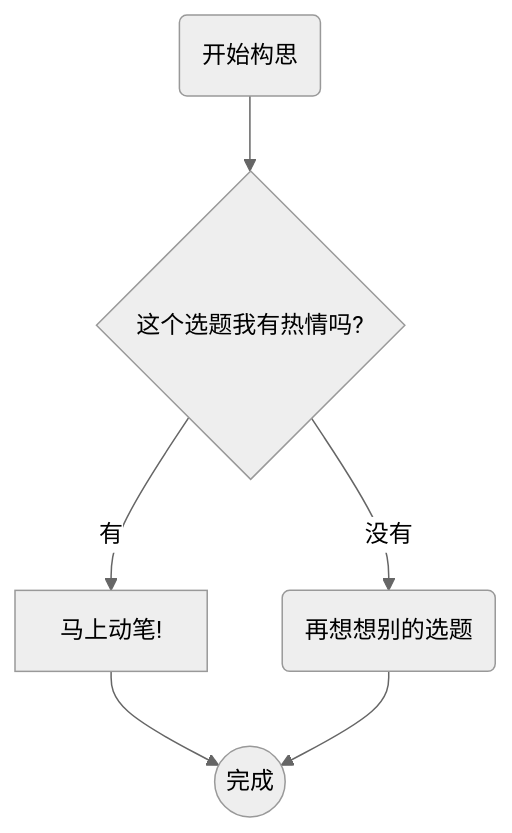
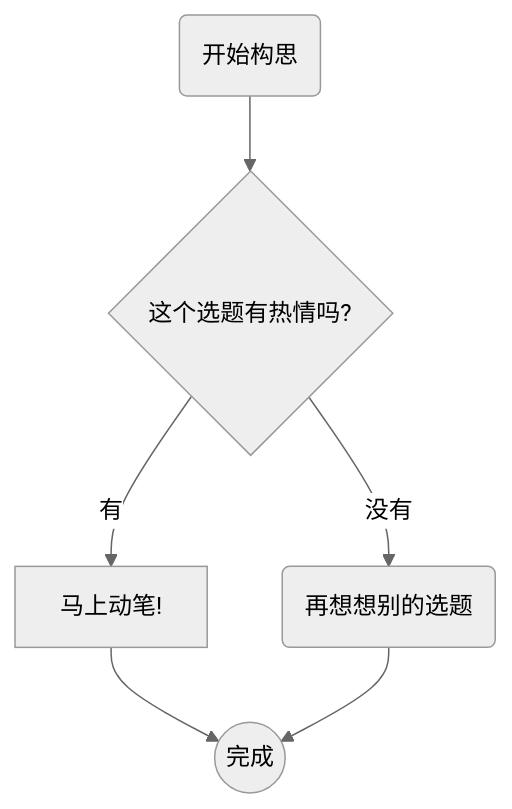
Before and after one commit to hhzh/hhzh.github.io: the third of 11 diagrams in src/tool/Mermaid.md, drawn with Mermaid (neutral theme). The commit also changed other lines of this file and 27 other files, not shown here.

````diff
--- a/src/tool/Mermaid.md
+++ b/src/tool/Mermaid.md
@@ -89,8 +72,8 @@
 ```mermaid
-graph TD
-    Start(开始构思) --> Decision{这个选题我有热情吗?}
+flowchart TD
+    Start(开始构思) --> Decision{这个选题有热情吗?}
     Decision -- 有 --> Write[马上动笔!]
-    Decision -- 没有 --> Think_Again(再想想别的选题)
+    Decision -- 没有 --> Think(再想想别的选题)
     Write --> End((完成))
-    Think_Again --> End
+    Think --> End
 ```
````
